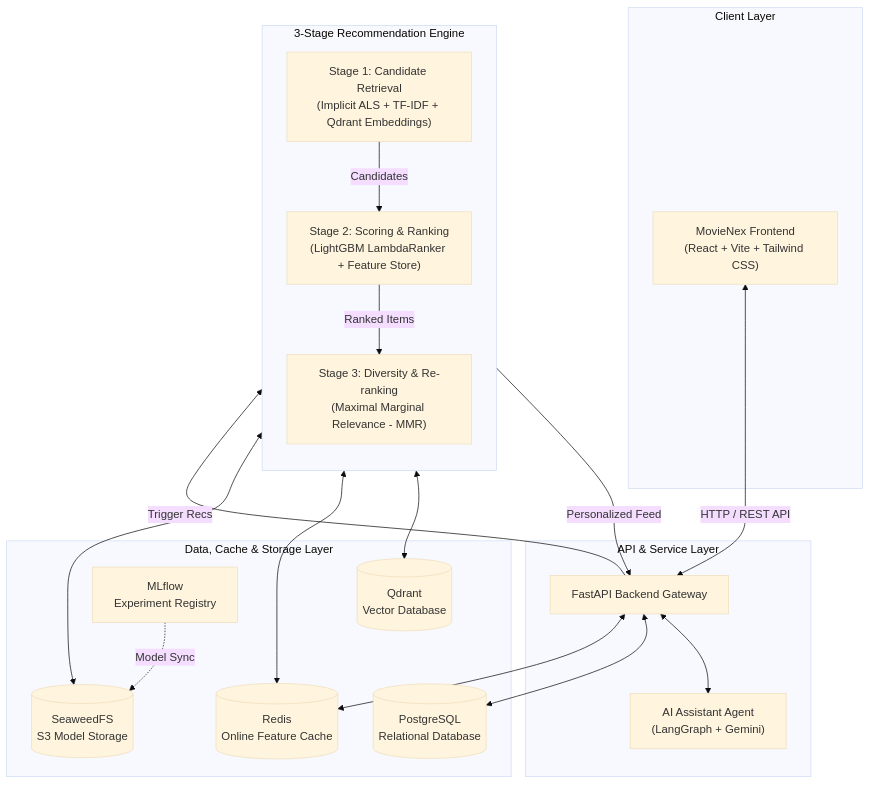
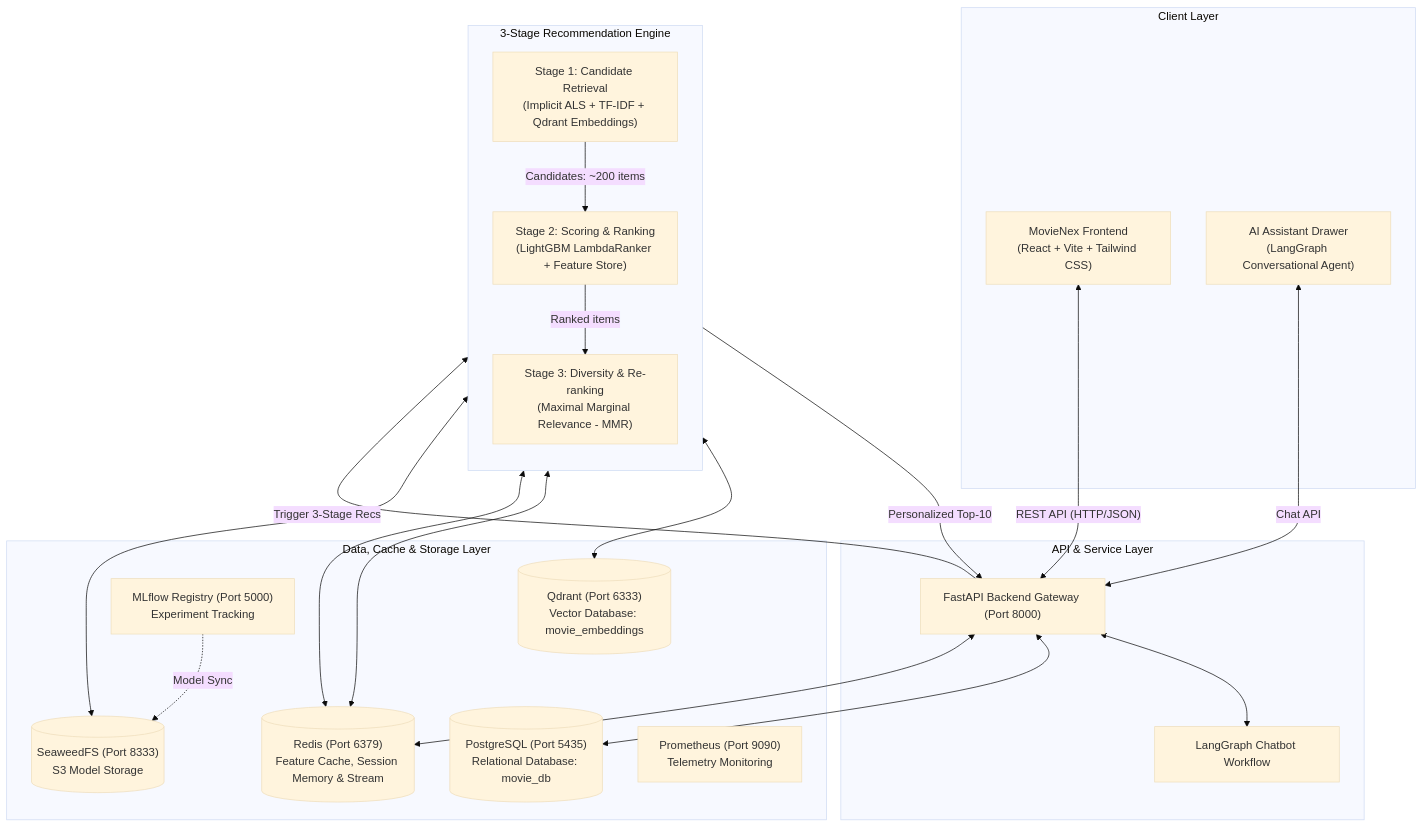
The first of 2 diagrams in README.md (dducsw/movie-recsys), drawn with Mermaid (base theme) before and after one commit. The commit also changed other lines of this file and 14 other files, not shown here.

````diff
--- a/README.md
+++ b/README.md
@@ -55,40 +56,44 @@
 ```mermaid
 flowchart TD
     subgraph Client ["Client Layer"]
         UI["MovieNex Frontend<br/>(React + Vite + Tailwind CSS)"]
+        ChatUI["AI Assistant Drawer<br/>(LangGraph Conversational Agent)"]
     end
 
     subgraph Gateway ["API & Service Layer"]
-        API["FastAPI Backend Gateway"]
-        Agent["AI Assistant Agent<br/>(LangGraph + Gemini)"]
+        API["FastAPI Backend Gateway (Port 8000)"]
+        Agent["LangGraph Chatbot Workflow"]
     end
 
     subgraph RecSys ["3-Stage Recommendation Engine"]
         direction TB
         R1["Stage 1: Candidate Retrieval<br/>(Implicit ALS + TF-IDF + Qdrant Embeddings)"]
         R2["Stage 2: Scoring & Ranking<br/>(LightGBM LambdaRanker + Feature Store)"]
         R3["Stage 3: Diversity & Re-ranking<br/>(Maximal Marginal Relevance - MMR)"]
-        R1 -->|Candidates| R2
-        R2 -->|Ranked Items| R3
+        R1 -->|Candidates: ~200 items| R2
+        R2 -->|Ranked items| R3
     end
 
     subgraph Storage ["Data, Cache & Storage Layer"]
-        DB[("PostgreSQL<br/>Relational Database")]
-        Cache[("Redis<br/>Online Feature Cache")]
-        VectorDB[("Qdrant<br/>Vector Database")]
-        S3[("SeaweedFS<br/>S3 Model Storage")]
-        MLflow["MLflow<br/>Experiment Registry"]
+        DB[("PostgreSQL (Port 5435)<br/>Relational Database: movie_db")]
+        Cache[("Redis (Port 6379)<br/>Feature Cache, Session Memory & Stream")]
+        VectorDB[("Qdrant (Port 6333)<br/>Vector Database: movie_embeddings")]
+        S3[("SeaweedFS (Port 8333)<br/>S3 Model Storage")]
+        MLflow["MLflow Registry (Port 5000)<br/>Experiment Tracking"]
+        Prometheus["Prometheus (Port 9090)<br/>Telemetry Monitoring"]
     end
 
-    UI <-->|"HTTP / REST API"| API
+    UI <-->|"REST API (HTTP/JSON)"| API
+    ChatUI <-->|"Chat API"| API
     API <--> Agent
-    API -->|"Trigger Recs"| R1
-    R3 -->|"Personalized Feed"| API
+    API -->|"Trigger 3-Stage Recs"| R1
+    R3 -->|"Personalized Top-10"| API
 
     API <--> DB
     API <--> Cache
     R1 <--> VectorDB
+    R1 <--> Cache
     R2 <--> Cache
     R2 <--> S3
     MLflow -.->|"Model Sync"| S3
 ```
````
